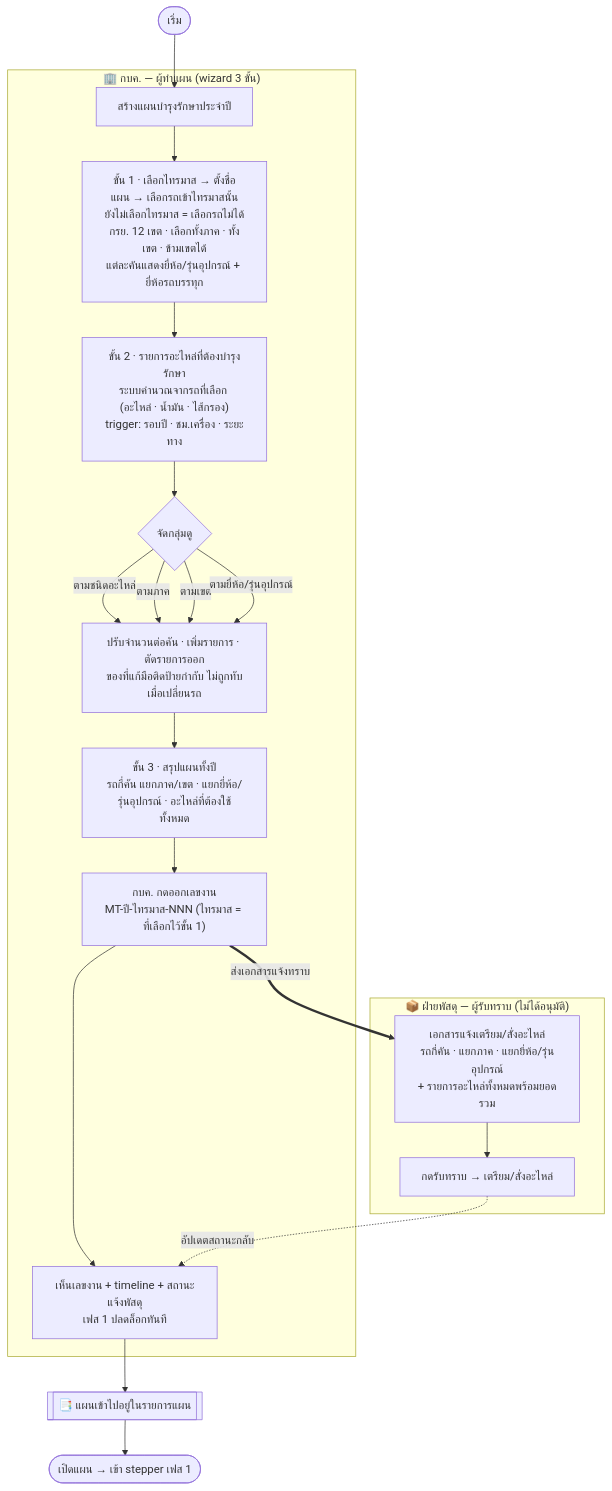
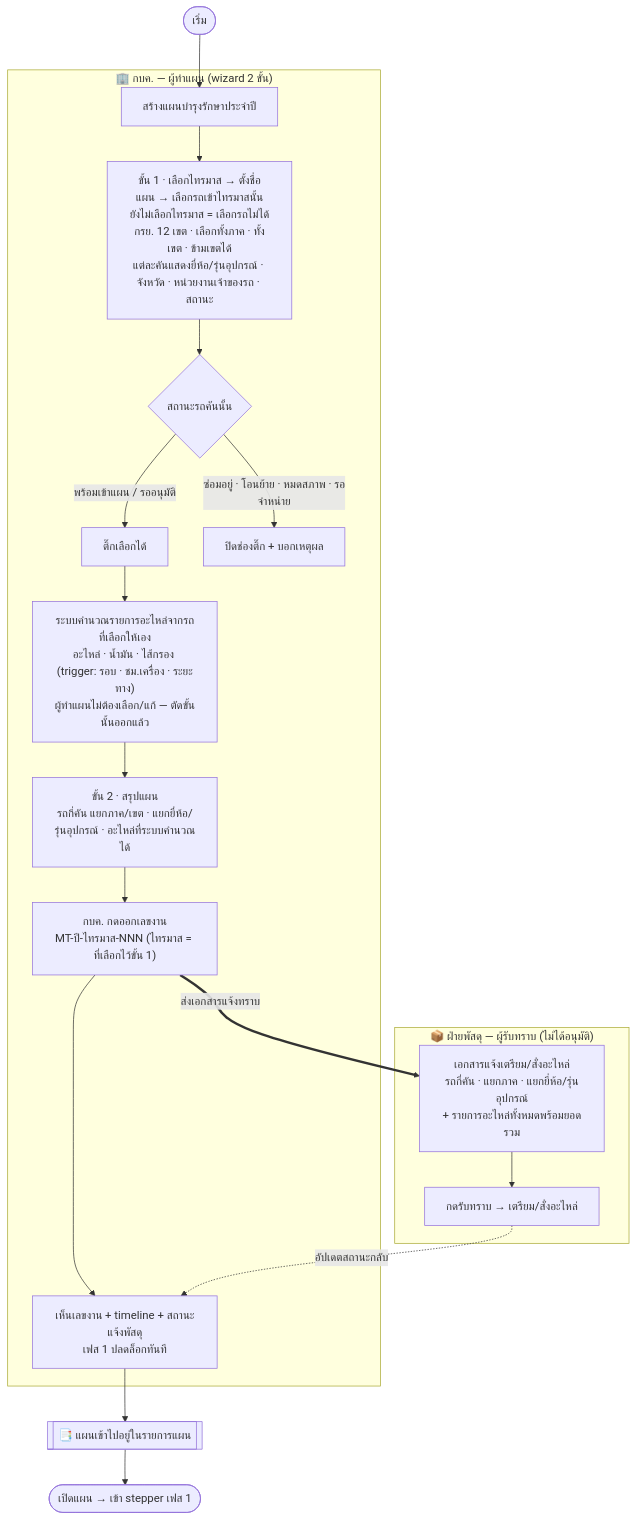
The diagram in Diagram/01-บำรุงรักษาตามวาระ/01-ออกเลขงาน.md (anugmail/Maintenance-Request-Form), drawn with Mermaid before and after one commit. The commit also changed other lines of this file and 32 other files, not shown here.

First line of the commit message:
feat(บำรุงรักษา): ตัดขั้นเลือกอะไหล่ + ตารางรถบอกจังหวัด/สถานะ และล็อกรถที่ไม่พร้อม

````diff
--- a/Diagram/01-บำรุงรักษาตามวาระ/01-ออกเลขงาน.md
+++ b/Diagram/01-บำรุงรักษาตามวาระ/01-ออกเลขงาน.md
@@ -15,31 +16,28 @@
 ```mermaid
 flowchart TB
     S([เริ่ม])
 
-    subgraph KBK["🏢 กบค. — ผู้ทำแผน (wizard 3 ขั้น)"]
+    subgraph KBK["🏢 กบค. — ผู้ทำแผน (wizard 2 ขั้น)"]
         A[สร้างแผนบำรุงรักษาประจำปี]
-        A --> B["ขั้น 1 · เลือกไทรมาส → ตั้งชื่อแผน → เลือกรถเข้าไทรมาสนั้น<br/>ยังไม่เลือกไทรมาส = เลือกรถไม่ได้<br/>กรย. 12 เขต · เลือกทั้งภาค · ทั้งเขต · ข้ามเขตได้<br/>แต่ละคันแสดงยี่ห้อ/รุ่นอุปกรณ์ + ยี่ห้อรถบรรทุก"]
-        B --> C["ขั้น 2 · รายการอะไหล่ที่ต้องบำรุงรักษา<br/>ระบบคำนวณจากรถที่เลือก (อะไหล่ · น้ำมัน · ไส้กรอง)<br/>trigger: รอบปี · ชม.เครื่อง · ระยะทาง"]
-        C --> C2{"จัดกลุ่มดู"}
-        C2 -->|ตามชนิดอะไหล่| C3
-        C2 -->|ตามภาค| C3
-        C2 -->|ตามเขต| C3
-        C2 -->|ตามยี่ห้อ/รุ่นอุปกรณ์| C3
-        C3["ปรับจำนวนต่อคัน · เพิ่มรายการ · ตัดรายการออก<br/>ของที่แก้มือติดป้ายกำกับ ไม่ถูกทับเมื่อเปลี่ยนรถ"]
-        C3 --> D["ขั้น 3 · สรุปแผนทั้งปี<br/>รถกี่คัน แยกภาค/เขต · แยกยี่ห้อ/รุ่นอุปกรณ์ · อะไหล่ที่ต้องใช้ทั้งหมด"]
+        A --> B["ขั้น 1 · เลือกไทรมาส → ตั้งชื่อแผน → เลือกรถเข้าไทรมาสนั้น<br/>ยังไม่เลือกไทรมาส = เลือกรถไม่ได้<br/>กรย. 12 เขต · เลือกทั้งภาค · ทั้งเขต · ข้ามเขตได้<br/>แต่ละคันแสดงยี่ห้อ/รุ่นอุปกรณ์ · จังหวัด · หน่วยงานเจ้าของรถ · สถานะ"]
+        B --> B2{"สถานะรถคันนั้น"}
+        B2 -->|พร้อมเข้าแผน / รออนุมัติ| B3["ติ๊กเลือกได้"]
+        B2 -->|ซ่อมอยู่ · โอนย้าย · หมดสภาพ · รอจำหน่าย| B4["ปิดช่องติ๊ก + บอกเหตุผล"]
+        B3 --> C["ระบบคำนวณรายการอะไหล่จากรถที่เลือกให้เอง<br/>อะไหล่ · น้ำมัน · ไส้กรอง (trigger: รอบ · ชม.เครื่อง · ระยะทาง)<br/>ผู้ทำแผนไม่ต้องเลือก/แก้ — ตัดขั้นนั้นออกแล้ว"]
+        C --> D["ขั้น 2 · สรุปแผน<br/>รถกี่คัน แยกภาค/เขต · แยกยี่ห้อ/รุ่นอุปกรณ์ · อะไหล่ที่ระบบคำนวณได้"]
         D --> E["กบค. กดออกเลขงาน<br/>MT-ปี-ไทรมาส-NNN (ไทรมาส = ที่เลือกไว้ขั้น 1)"]
         E --> J[เห็นเลขงาน + timeline + สถานะแจ้งพัสดุ<br/>เฟส 1 ปลดล็อกทันที]
     end
 
     subgraph PSD["📦 ฝ่ายพัสดุ — ผู้รับทราบ (ไม่ได้อนุมัติ)"]
         F["เอกสารแจ้งเตรียม/สั่งอะไหล่<br/>รถกี่คัน · แยกภาค · แยกยี่ห้อ/รุ่นอุปกรณ์<br/>+ รายการอะไหล่ทั้งหมดพร้อมยอดรวม"]
         G[กดรับทราบ → เตรียม/สั่งอะไหล่]
         F --> G
     end
 
     S --> A
     E ==>|ส่งเอกสารแจ้งทราบ| F
     G -. อัปเดตสถานะกลับ .-> J
     J --> L[["📑 แผนเข้าไปอยู่ในรายการแผน"]]
     L --> Z(["เปิดแผน → เข้า stepper เฟส 1"])
 ```
````
